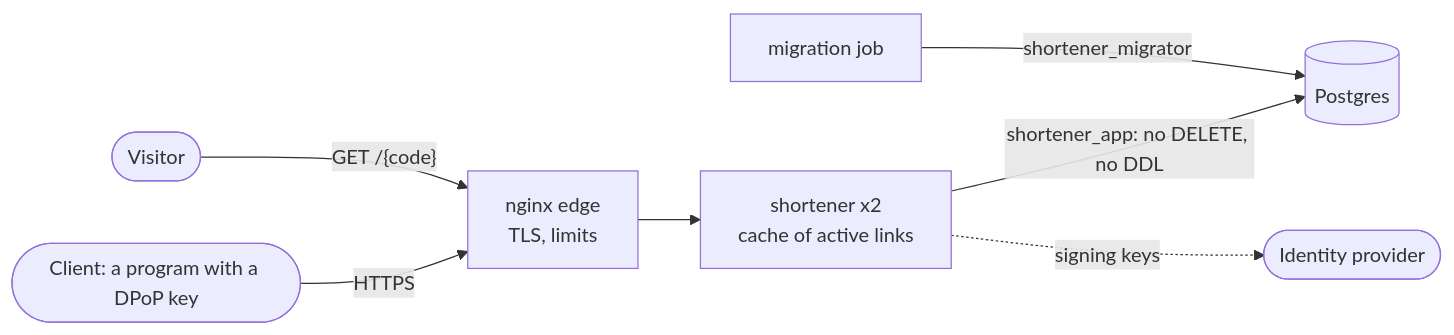
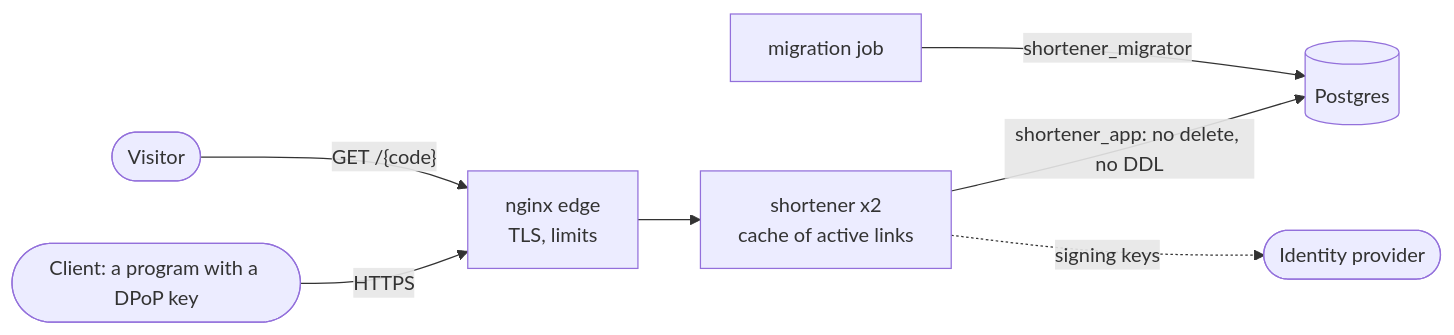
Before and after one commit to christ008/shortener: the diagram in README.md, drawn with Mermaid. The commit also changed other lines of this file and 113 other files, not shown here.

````diff
--- a/README.md
+++ b/README.md
@@ -48,9 +48,9 @@
 ```mermaid
 flowchart LR
     client(["Client: a program with a DPoP key"]) -->|HTTPS| edge["nginx edge<br/>TLS, limits"]
     visitor(["Visitor"]) -->|"GET /{code}"| edge
     edge --> app["shortener x2<br/>cache of active links"]
-    app -->|"shortener_app: no DELETE, no DDL"| db[("Postgres")]
+    app -->|"shortener_app: no delete, no DDL"| db[("Postgres")]
     migrate["migration job"] -->|shortener_migrator| db
     app -. "signing keys" .-> idp(["Identity provider"])
 ```
````
